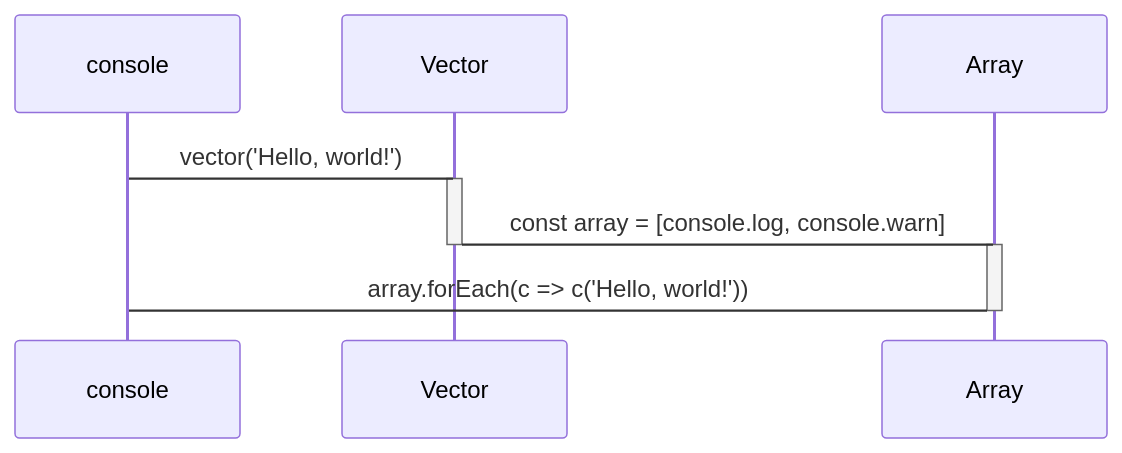
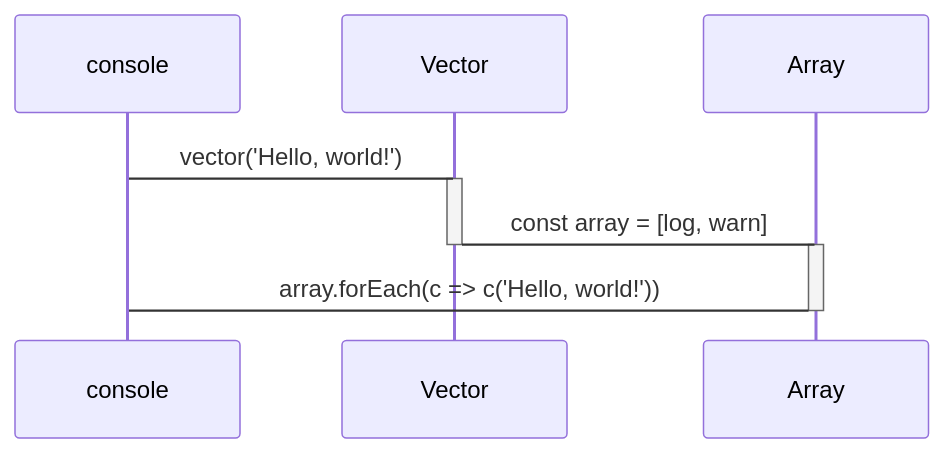
The third of 4 diagrams in README.md (domrally/peekeasy), drawn with Mermaid before and after one commit. The commit also changed other lines of this file, not shown here.

````diff
--- a/README.md
+++ b/README.md
@@ -100,10 +102,10 @@
 ```mermaid
 sequenceDiagram
     console->Vector: vector('Hello, world!')
     activate Vector
-    Vector->Array: const array = [console.log, console.warn]
+    Vector->Array: const array = [log, warn]
     deactivate Vector
     activate Array
     Array->console: array.forEach(c => c('Hello, world!'))
     deactivate Array
 ```
````
